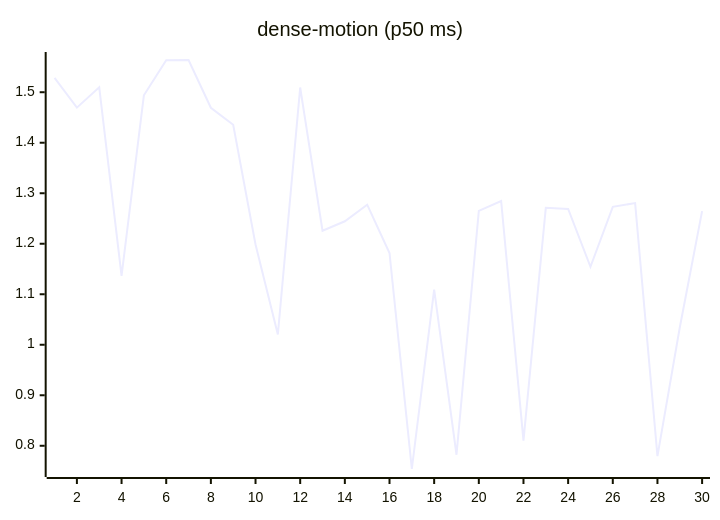
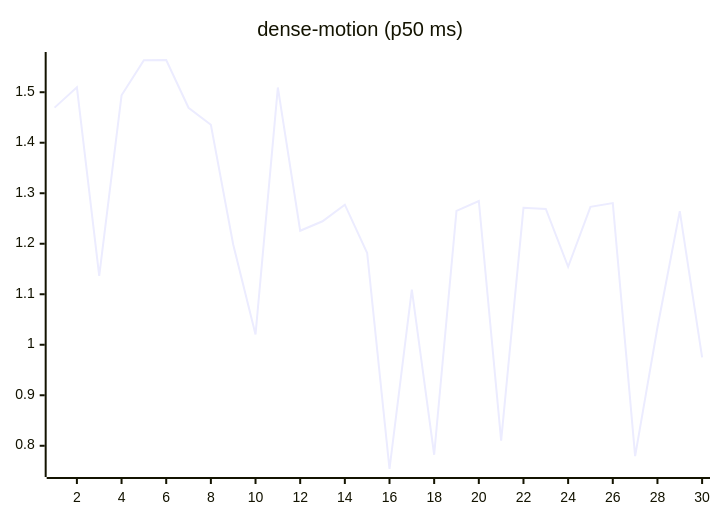
The ninth of 27 diagrams in README.md (josha/Facet), drawn with Mermaid before and after one commit. The commit also changed other lines of this file and 2 other files, not shown here.

````diff
--- a/README.md
+++ b/README.md
@@ -119,6 +119,6 @@
 ```mermaid
 xychart-beta
     title "dense-motion (p50 ms)"
     x-axis 1 --> 30
-    line [1.5286, 1.4695, 1.5096, 1.1365, 1.4939, 1.5634, 1.5638, 1.4692, 1.4355, 1.1984, 1.0205, 1.5093, 1.2258, 1.2445, 1.2773, 1.1817, 0.7540, 1.1093, 0.7822, 1.2651, 1.2846, 0.8102, 1.2712, 1.2688, 1.1544, 1.2730, 1.2805, 0.7796, 1.0341, 1.2646]
+    line [1.4695, 1.5096, 1.1365, 1.4939, 1.5634, 1.5638, 1.4692, 1.4355, 1.1984, 1.0205, 1.5093, 1.2258, 1.2445, 1.2773, 1.1817, 0.7540, 1.1093, 0.7822, 1.2651, 1.2846, 0.8102, 1.2712, 1.2688, 1.1544, 1.2730, 1.2805, 0.7796, 1.0341, 1.2646, 0.9749]
 ```
````
